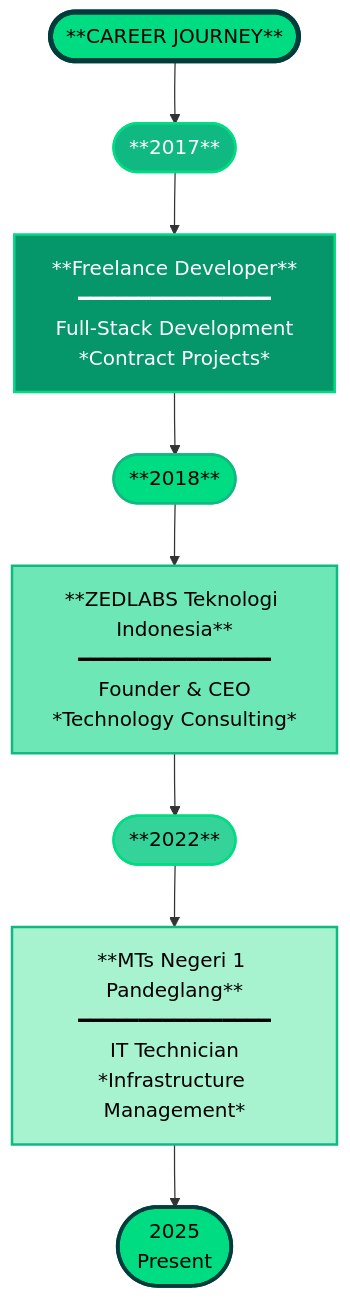
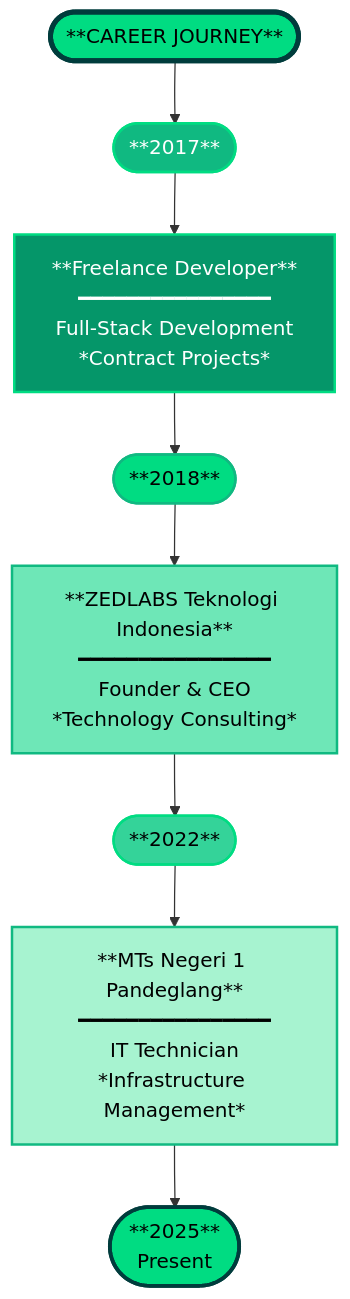
Before and after one commit to zulfikriyahya/zulfikriyahya: the second of 2 diagrams in README.mdx, drawn with Mermaid.

````diff
--- a/README.mdx
+++ b/README.mdx
@@ -173,32 +173,32 @@
 ```mermaid
 graph TB
     TITLE(["**CAREER JOURNEY**"])
 
     Y2017(["**2017**"])
     F["**Freelance Developer**<br/>━━━━━━━━━━━━━━━━<br/>Full-Stack Development<br/>*Contract Projects*"]
 
     Y2018(["**2018**"])
     Z["**ZEDLABS Teknologi Indonesia**<br/>━━━━━━━━━━━━━━━━<br/>Founder & CEO<br/>*Technology Consulting*"]
 
     Y2022(["**2022**"])
     M["**MTs Negeri 1 Pandeglang**<br/>━━━━━━━━━━━━━━━━<br/>IT Technician<br/>*Infrastructure Management*"]
 
-    NOW(["2025<br/>Present"])
+    NOW(["**2025**<br/>Present"])
 
     TITLE --> Y2017
     Y2017 --> F
     F --> Y2018
     Y2018 --> Z
     Z --> Y2022
     Y2022 --> M
     M --> NOW
 
     style TITLE fill:#00DC82,stroke:#003C3C,stroke-width:4px,color:#000
     style Y2017 fill:#10B981,stroke:#00DC82,stroke-width:2px,color:#fff
     style Y2018 fill:#00DC82,stroke:#10B981,stroke-width:2px,color:#000
     style Y2022 fill:#34D399,stroke:#00DC82,stroke-width:2px,color:#000
     style NOW fill:#00DC82,stroke:#003C3C,stroke-width:3px,color:#000
     style F fill:#059669,stroke:#00DC82,stroke-width:2px,color:#fff
     style Z fill:#6EE7B7,stroke:#10B981,stroke-width:2px,color:#000
     style M fill:#A7F3D0,stroke:#10B981,stroke-width:2px,color:#000
 ```
````
